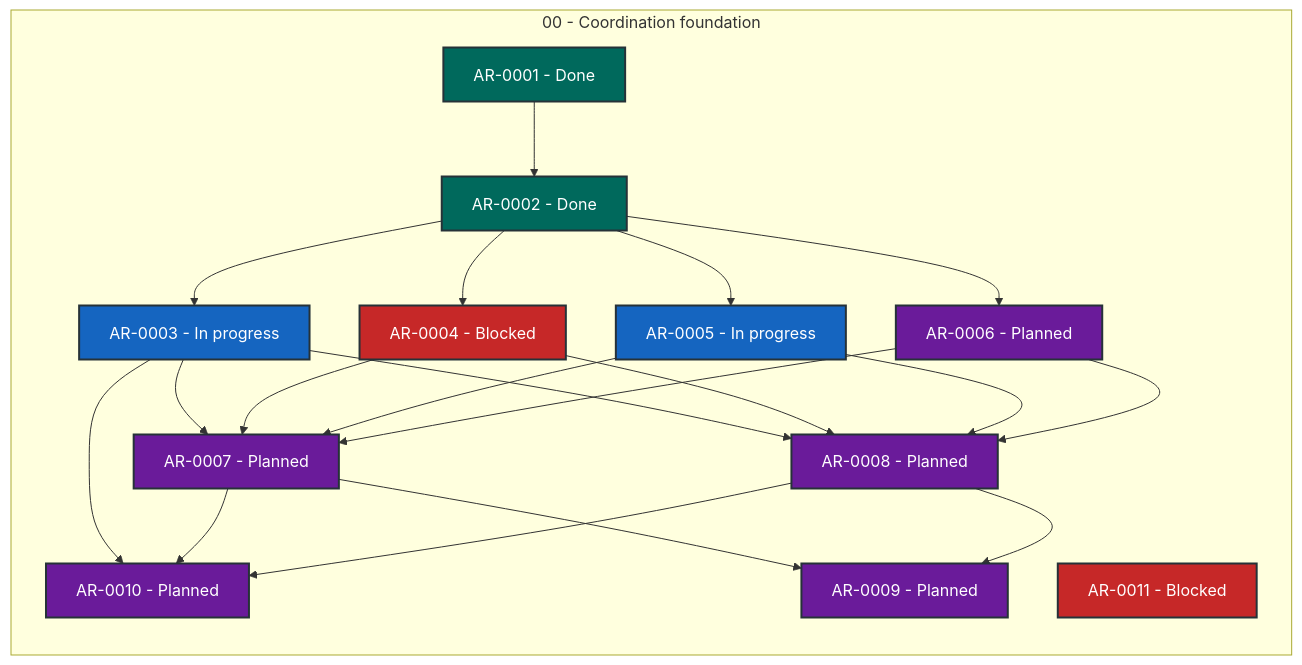
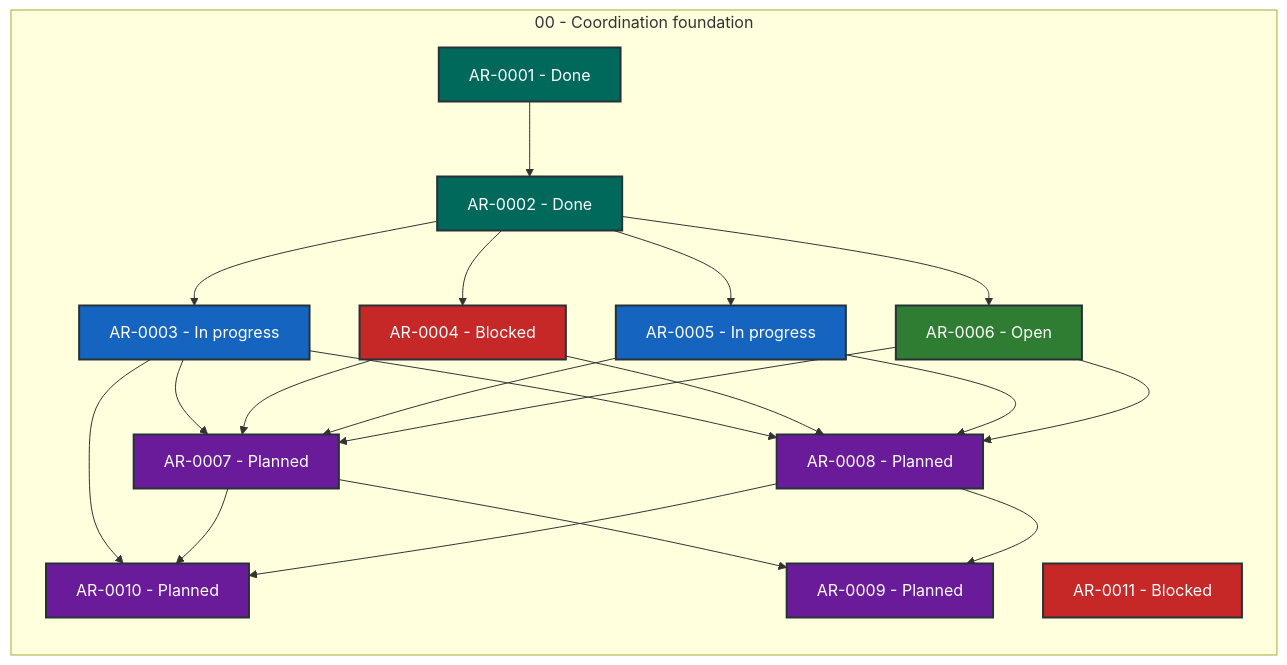
One commit to martin-beck/agent-workflow-coordinator-state changed the diagram in STATUS.md. Above: the diagram before and after it, drawn with Mermaid. The commit also changed other lines of this file and 2 other files, not shown here.

````diff
--- a/STATUS.md
+++ b/STATUS.md
@@ -27,43 +27,43 @@
 ```mermaid
 flowchart LR
     subgraph series_00["00 - Coordination foundation"]
         direction TB
         AR_0001["AR-0001 - Done"]:::status_done
         AR_0002["AR-0002 - Done"]:::status_done
         AR_0003["AR-0003 - In progress"]:::status_in_progress
         AR_0004["AR-0004 - Blocked"]:::status_blocked
         AR_0005["AR-0005 - In progress"]:::status_in_progress
-        AR_0006["AR-0006 - Planned"]:::status_planned
+        AR_0006["AR-0006 - Open"]:::status_open
         AR_0007["AR-0007 - Planned"]:::status_planned
         AR_0008["AR-0008 - Planned"]:::status_planned
         AR_0009["AR-0009 - Planned"]:::status_planned
         AR_0010["AR-0010 - Planned"]:::status_planned
         AR_0011["AR-0011 - Blocked"]:::status_blocked
     end
     AR_0001 --> AR_0002
     AR_0002 --> AR_0003
     AR_0002 --> AR_0004
     AR_0002 --> AR_0005
     AR_0002 --> AR_0006
     AR_0003 --> AR_0007
     AR_0003 --> AR_0008
     AR_0003 --> AR_0010
     AR_0004 --> AR_0007
     AR_0004 --> AR_0008
     AR_0005 --> AR_0007
     AR_0005 --> AR_0008
     AR_0006 --> AR_0007
     AR_0006 --> AR_0008
     AR_0007 --> AR_0009
     AR_0007 --> AR_0010
     AR_0008 --> AR_0009
     AR_0008 --> AR_0010
     classDef status_in_progress fill:#1565c0,color:#ffffff,stroke:#263238,stroke-width:2px
     classDef status_open fill:#2e7d32,color:#ffffff,stroke:#263238,stroke-width:2px
     classDef status_blocked fill:#c62828,color:#ffffff,stroke:#263238,stroke-width:2px
     classDef status_planned fill:#6a1b9a,color:#ffffff,stroke:#263238,stroke-width:2px
     classDef status_future fill:#455a64,color:#ffffff,stroke:#263238,stroke-width:2px
     classDef status_done fill:#00695c,color:#ffffff,stroke:#263238,stroke-width:2px
     classDef status_cancelled fill:#616161,color:#ffffff,stroke:#263238,stroke-width:2px
     classDef status_superseded fill:#5d4037,color:#ffffff,stroke:#263238,stroke-width:2px
 ```
````
